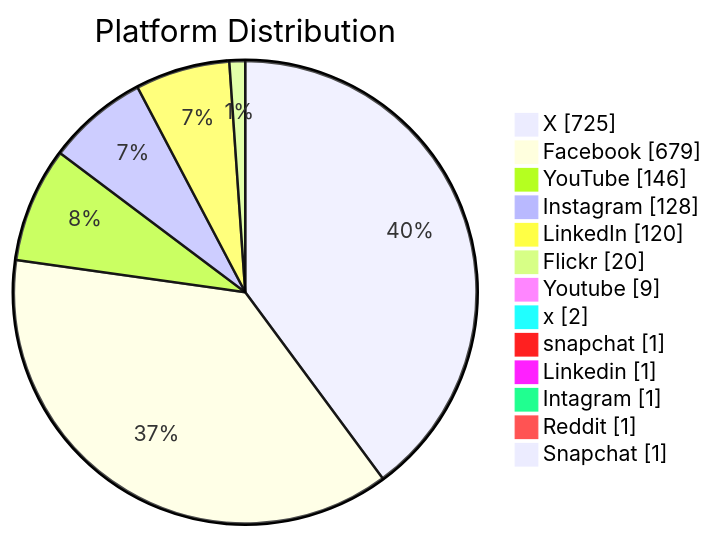
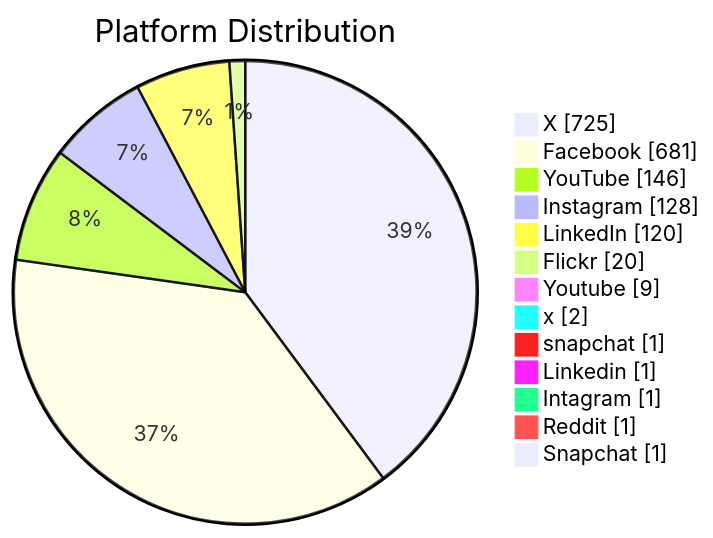
Before and after one commit to PatLittle/GC-Socials: the second of 6 diagrams in README.md, drawn with Mermaid. The commit also changed other lines of this file, not shown here.

Commit message:
Update README with Platform Distribution pie chart

````diff
--- a/README.md
+++ b/README.md
@@ -46,16 +46,16 @@
 ```mermaid
 pie showData title Platform Distribution
     "X": 725
-    "Facebook": 679
+    "Facebook": 681
     "YouTube": 146
     "Instagram": 128
     "LinkedIn": 120
     "Flickr": 20
     "Youtube": 9
     "x": 2
     "snapchat": 1
     "Linkedin": 1
     "Intagram": 1
     "Reddit": 1
     "Snapchat": 1
 ```
````
